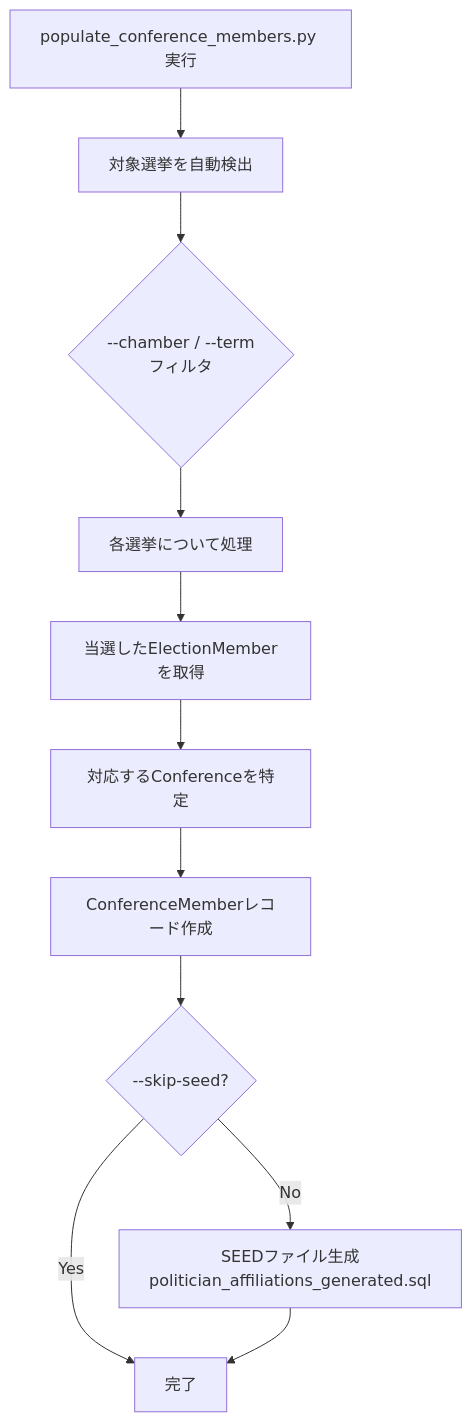
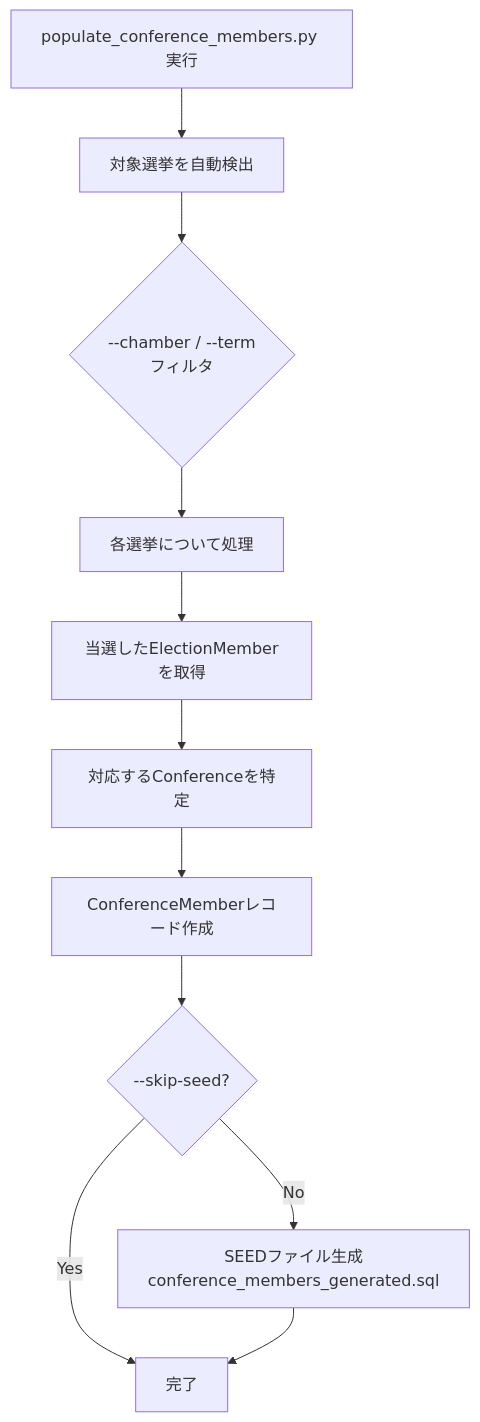
The second of 2 diagrams in docs/development/data-creation/relations/conference-member.md (sage-base/corporation-docs), drawn with Mermaid before and after one commit. The commit also changed other lines of this file and 2 other files, not shown here.

````diff
--- a/docs/development/data-creation/relations/conference-member.md
+++ b/docs/development/data-creation/relations/conference-member.md
@@ -51,13 +51,13 @@
 ```mermaid
 flowchart TD
     A[populate_conference_members.py 実行] --> B[対象選挙を自動検出]
     B --> C{--chamber / --term<br/>フィルタ}
     C --> D[各選挙について処理]
     D --> E[当選したElectionMemberを取得]
     E --> F[対応するConferenceを特定]
     F --> G[ConferenceMemberレコード作成]
     G --> H{--skip-seed?}
-    H -->|No| I[SEEDファイル生成<br/>politician_affiliations_generated.sql]
+    H -->|No| I[SEEDファイル生成<br/>conference_members_generated.sql]
     H -->|Yes| J[完了]
     I --> J
 ```
````
